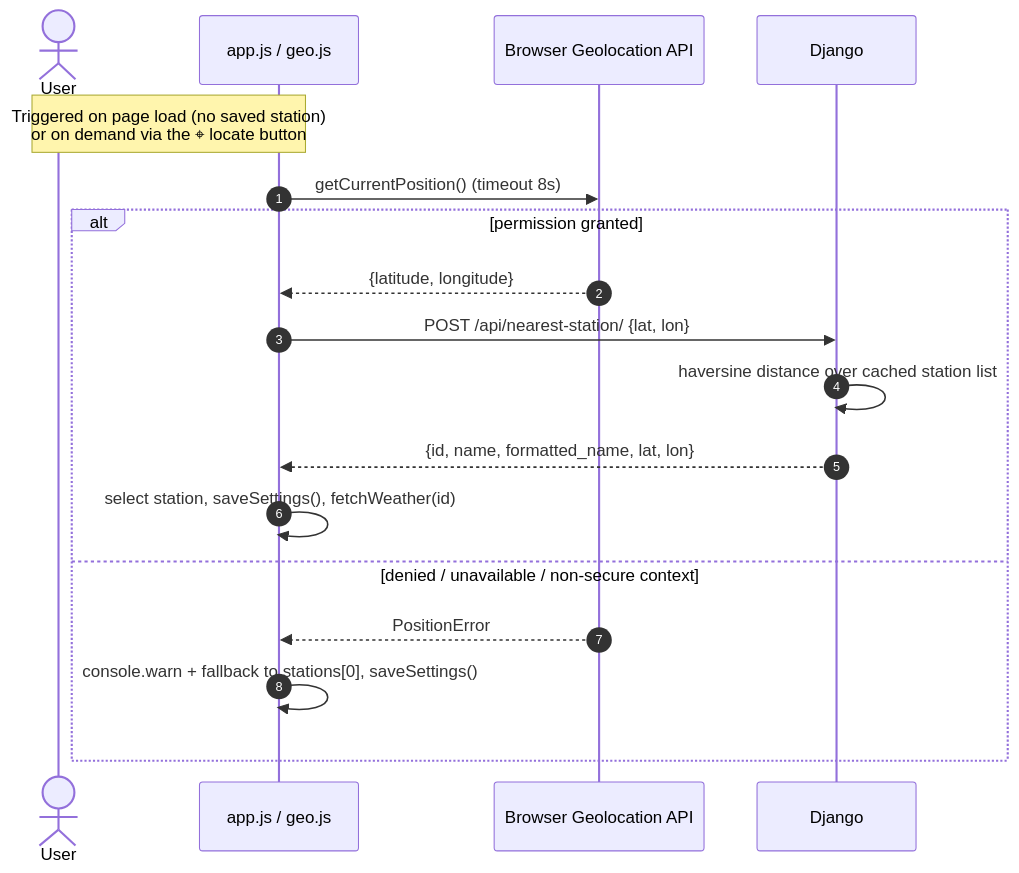
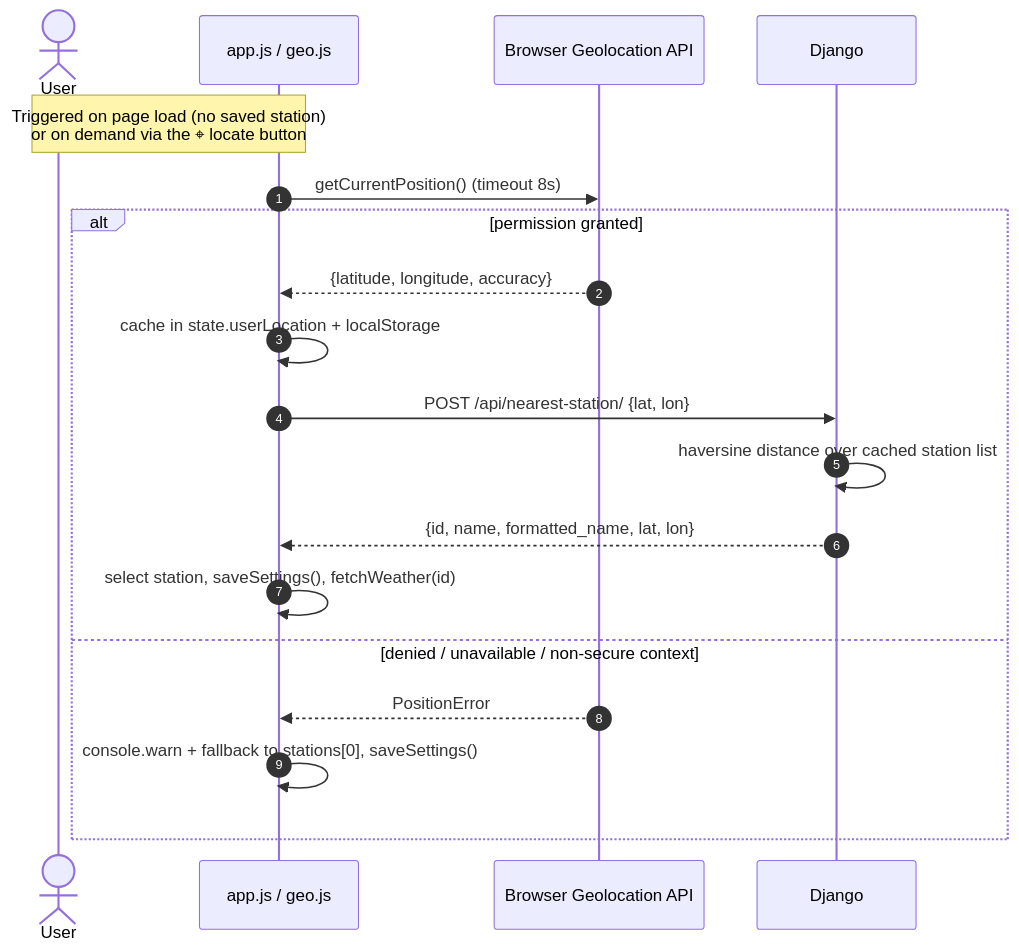
Before and after one commit to jjankkil/weatherview-django: the ninth of 9 diagrams in docs/ARCHITECTURE.md, drawn with Mermaid. The commit also changed other lines of this file and 10 other files, not shown here.

First line of the commit message:
feat: show distance/direction from user's location to station and camera

````diff
--- a/docs/ARCHITECTURE.md
+++ b/docs/ARCHITECTURE.md
@@ -544,21 +558,22 @@
 ```mermaid
 sequenceDiagram
     autonumber
     actor User
     participant Browser as app.js / geo.js
     participant Geo as Browser Geolocation API
     participant Django
 
     Note over User,Browser: Triggered on page load (no saved station)<br/>or on demand via the ⌖ locate button
     Browser->>Geo: getCurrentPosition() (timeout 8s)
     alt permission granted
-        Geo-->>Browser: {latitude, longitude}
+        Geo-->>Browser: {latitude, longitude, accuracy}
+        Browser->>Browser: cache in state.userLocation + localStorage
         Browser->>Django: POST /api/nearest-station/ {lat, lon}
         Django->>Django: haversine distance over cached station list
         Django-->>Browser: {id, name, formatted_name, lat, lon}
         Browser->>Browser: select station, saveSettings(), fetchWeather(id)
     else denied / unavailable / non-secure context
         Geo-->>Browser: PositionError
         Browser->>Browser: console.warn + fallback to stations[0], saveSettings()
     end
 ```
````
